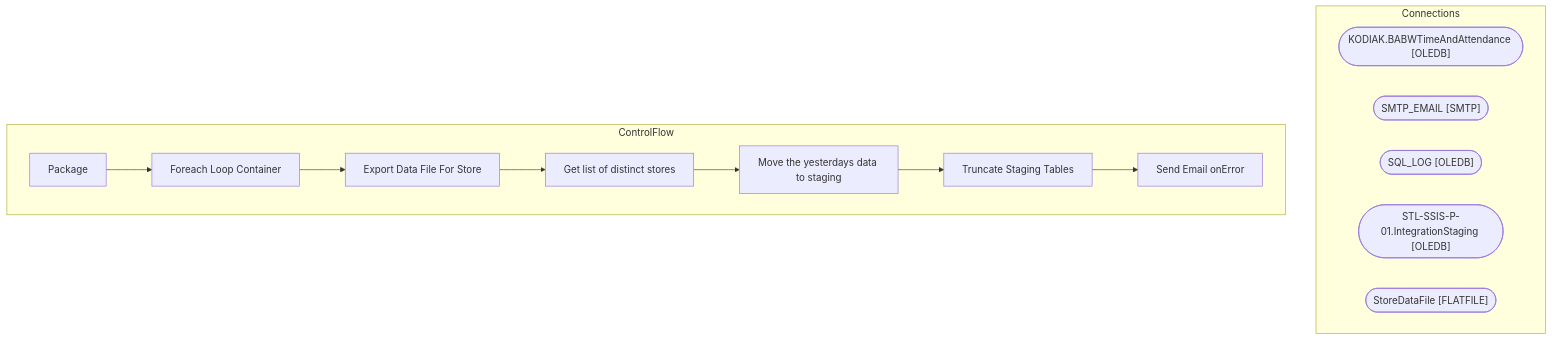
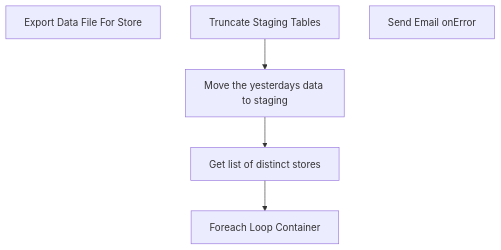
One commit to juanandresbrain/BABSkills changed the diagram in bab-docs-explorer/Documentation/STL-SSIS-P-01/SSIS/SSIS/GenerateTnAReportsForStores.Package.md. Above: the diagram before and after it, drawn with Mermaid. The commit also changed other lines of this file and 273 other files, not shown here.

````diff
--- a/bab-docs-explorer/Documentation/STL-SSIS-P-01/SSIS/SSIS/GenerateTnAReportsForStores.Package.md
+++ b/bab-docs-explorer/Documentation/STL-SSIS-P-01/SSIS/SSIS/GenerateTnAReportsForStores.Package.md
@@ -9,25 +42,12 @@
 ```mermaid
 flowchart TD
-    subgraph Connections
-        KODIAK_BABWTimeAndAttendance_conn(["KODIAK.BABWTimeAndAttendance [OLEDB]"])
-        SMTP_EMAIL_conn(["SMTP_EMAIL [SMTP]"])
-        SQL_LOG_conn(["SQL_LOG [OLEDB]"])
-        STL_SSIS_P_01_IntegrationStaging_conn(["STL-SSIS-P-01.IntegrationStaging [OLEDB]"])
-        StoreDataFile_conn(["StoreDataFile [FLATFILE]"])
-    end
-    subgraph ControlFlow
-        Package_task["Package"]
-        Foreach_Loop_Container_task["Foreach Loop Container"]
-        Package_task --> Foreach_Loop_Container_task
-        Export_Data_File_For_Store_task["Export Data File For Store"]
-        Foreach_Loop_Container_task --> Export_Data_File_For_Store_task
-        Get_list_of_distinct_stores_task["Get list of distinct stores"]
-        Export_Data_File_For_Store_task --> Get_list_of_distinct_stores_task
-        Move_the_yesterdays_data_to_staging_task["Move the yesterdays data to staging"]
-        Get_list_of_distinct_stores_task --> Move_the_yesterdays_data_to_staging_task
-        Truncate_Staging_Tables_task["Truncate Staging Tables"]
-        Move_the_yesterdays_data_to_staging_task --> Truncate_Staging_Tables_task
-        Send_Email_onError_task["Send Email onError"]
-        Truncate_Staging_Tables_task --> Send_Email_onError_task
-    end
+    n_Package_Foreach_Loop_Container["Foreach Loop Container"]
+    n_Package_Foreach_Loop_Container_Export_Data_File_For_Store["Export Data File For Store"]
+    n_Package_Get_list_of_distinct_stores["Get list of distinct stores"]
+    n_Package_Move_the_yesterdays_data_to_staging["Move the yesterdays data to staging"]
+    n_Package_Truncate_Staging_Tables["Truncate Staging Tables"]
+    n_Package_EventHandlers_OnError__Send_Email_onError["Send Email onError"]
+    n_Package_Truncate_Staging_Tables --> n_Package_Move_the_yesterdays_data_to_staging
+    n_Package_Move_the_yesterdays_data_to_staging --> n_Package_Get_list_of_distinct_stores
+    n_Package_Get_list_of_distinct_stores --> n_Package_Foreach_Loop_Container
 ```
````
